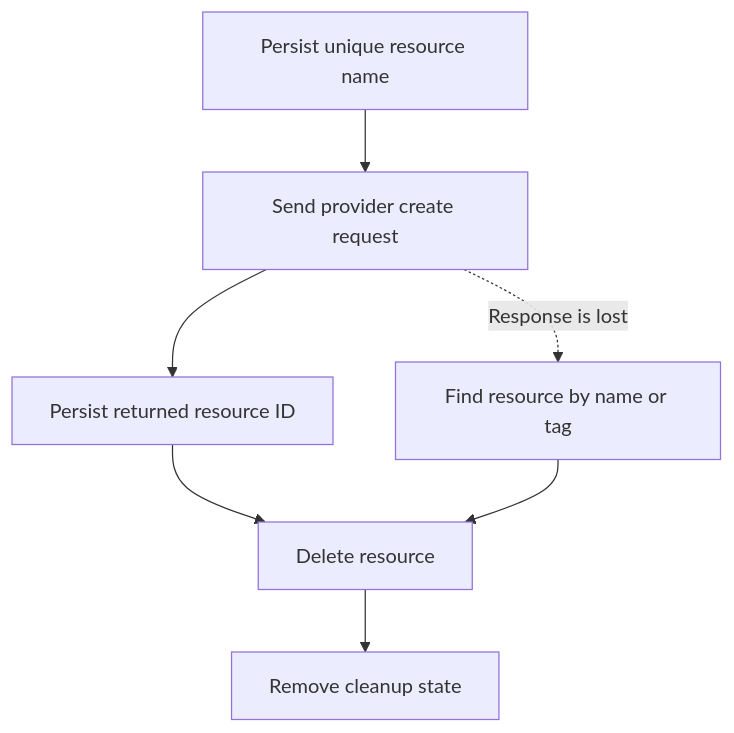
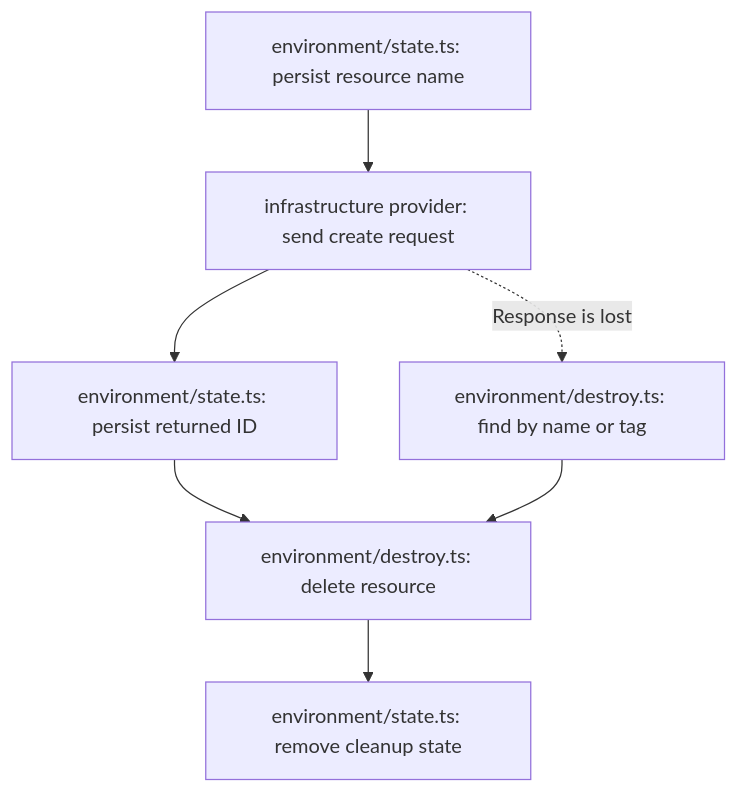
Before and after one commit to caprover/caprover-e2e: the second of 2 diagrams in provisioning/README.md, drawn with Mermaid. The commit also changed other lines of this file, not shown here.

Commit message:
Reference implementation files in provisioning diagrams

````diff
--- a/provisioning/README.md
+++ b/provisioning/README.md
@@ -62,9 +62,9 @@
 ```mermaid
 flowchart TD
-    A["Persist unique resource name"] --> B["Send provider create request"]
-    B --> C["Persist returned resource ID"]
-    B -. "Response is lost" .-> D["Find resource by name or tag"]
-    C --> E["Delete resource"]
+    A["environment/state.ts: persist resource name"] --> B["infrastructure provider: send create request"]
+    B --> C["environment/state.ts: persist returned ID"]
+    B -. "Response is lost" .-> D["environment/destroy.ts: find by name or tag"]
+    C --> E["environment/destroy.ts: delete resource"]
     D --> E
-    E --> F["Remove cleanup state"]
+    E --> F["environment/state.ts: remove cleanup state"]
 ```
````
